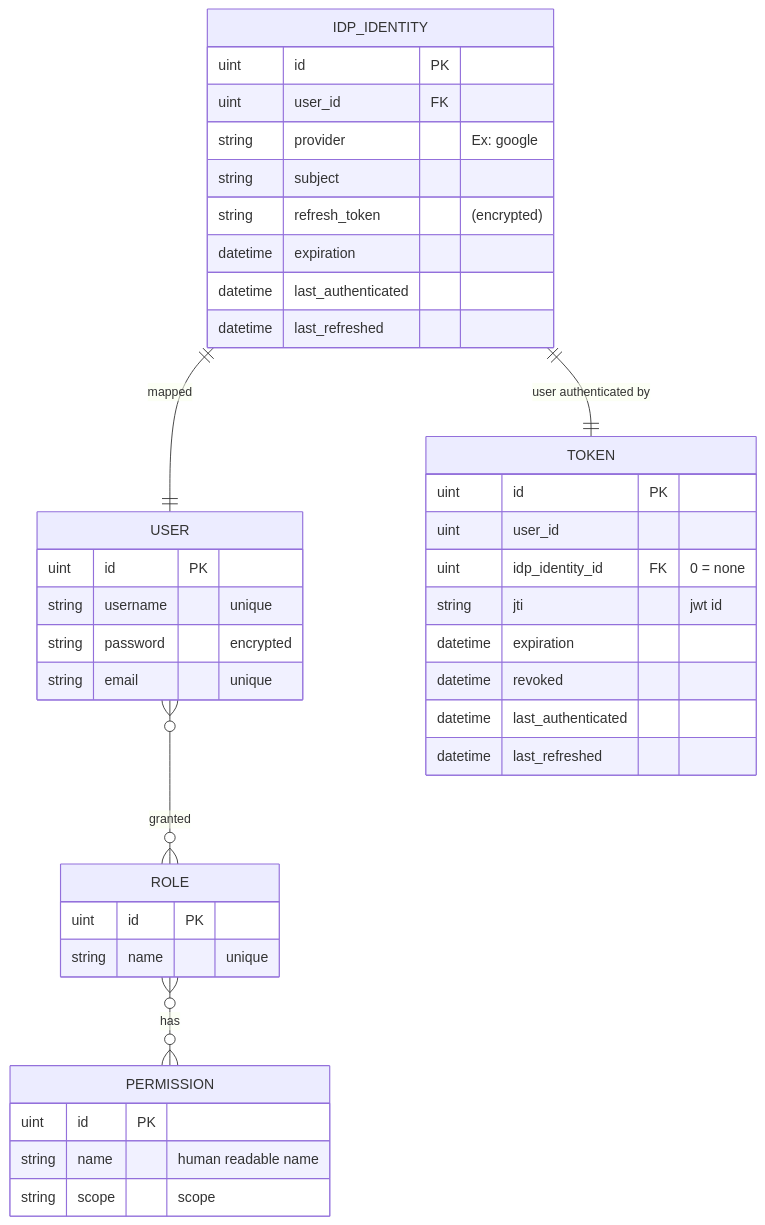
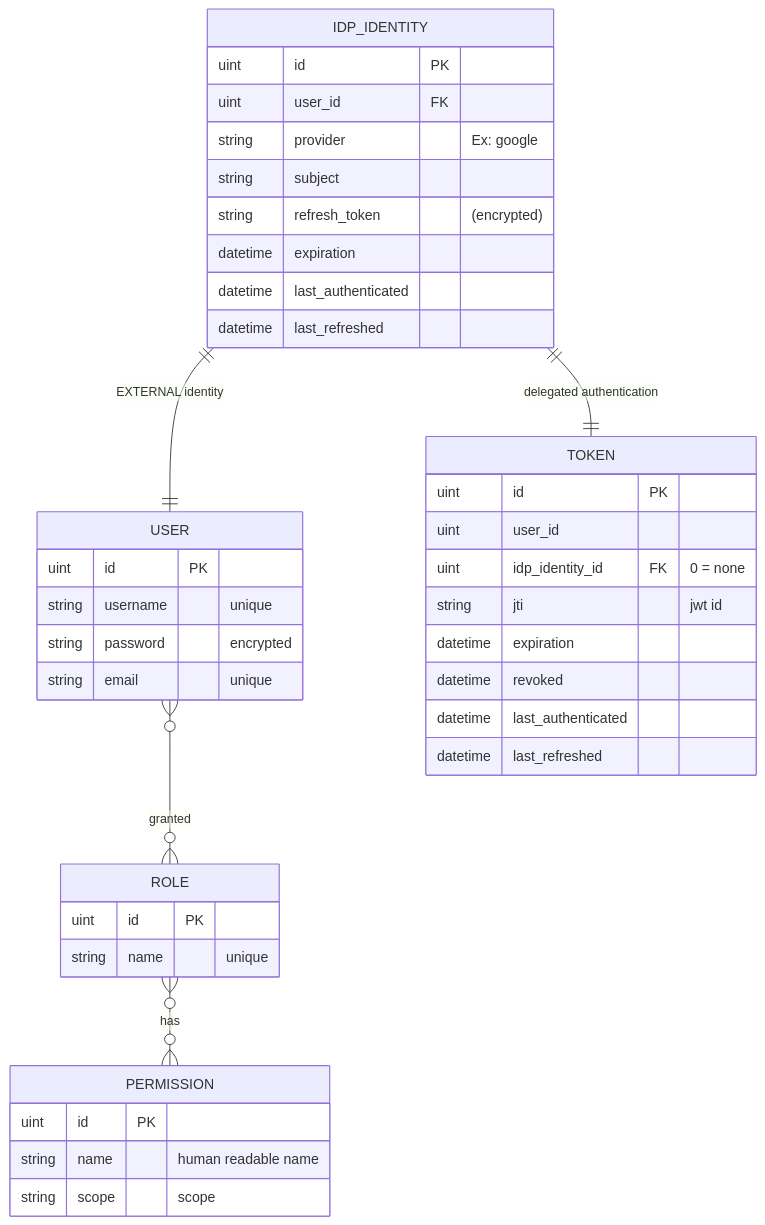
The first of 5 diagrams in enhancements/hub-oidc-provider/README.md (konveyor/enhancements), drawn with Mermaid before and after one commit.

Commit message:
checkpoint

````diff
--- a/enhancements/hub-oidc-provider/README.md
+++ b/enhancements/hub-oidc-provider/README.md
@@ -77,47 +77,47 @@
 ```mermaid
 erDiagram
     USER }o--o{ ROLE : "granted"
     ROLE }o--o{ PERMISSION : "has"
-    IDP_IDENTITY ||--|| USER : "mapped"
-    IDP_IDENTITY ||--|| TOKEN : "user authenticated by"
+    IDP_IDENTITY ||--|| USER : "EXTERNAL identity"
+    IDP_IDENTITY ||--|| TOKEN : "delegated authentication"
 
     USER {
         uint id PK
         string username "unique"
         string password "encrypted"
         string email "unique"
     }
 
     ROLE {
         uint id PK
         string name "unique"
     }
 
     PERMISSION {
         uint id PK
         string name "human readable name"
         string scope "scope"
     }
     
     IDP_IDENTITY {
         uint id PK
         uint user_id FK
         string provider "Ex: google"
         string subject
         string refresh_token "(encrypted)"
         datetime expiration
         datetime last_authenticated
         datetime last_refreshed
     }
     
     TOKEN {
         uint id PK
         uint user_id
         uint idp_identity_id FK "0 = none" 
         string jti "jwt id"
         datetime expiration
         datetime revoked
         datetime last_authenticated
         datetime last_refreshed
     }
 ```
````
